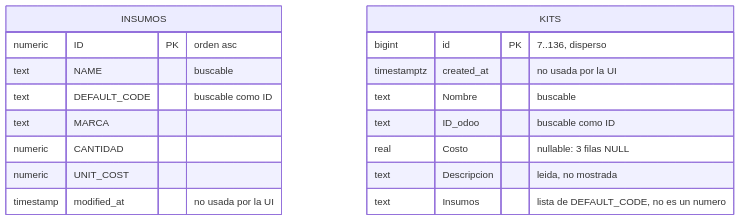
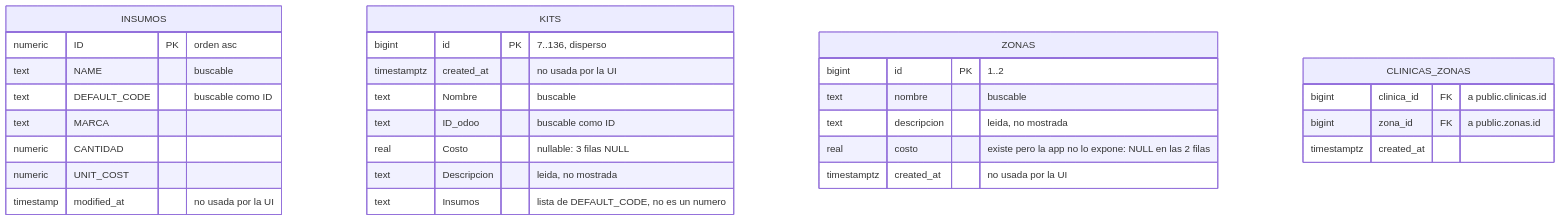
Before and after one commit to Francisco-Cordova/dentalia-app: the second of 4 diagrams in docs/04-database/er-diagram.md, drawn with Mermaid. The commit also changed other lines of this file and 23 other files, not shown here.

````diff
--- a/docs/04-database/er-diagram.md
+++ b/docs/04-database/er-diagram.md
@@ -51,22 +51,36 @@
 ```mermaid
 erDiagram
     INSUMOS {
         numeric ID PK "orden asc"
         text NAME "buscable"
         text DEFAULT_CODE "buscable como ID"
         text MARCA
         numeric CANTIDAD
         numeric UNIT_COST
         timestamp modified_at "no usada por la UI"
     }
 
     KITS {
         bigint id PK "7..136, disperso"
         timestamptz created_at "no usada por la UI"
         text Nombre "buscable"
         text ID_odoo "buscable como ID"
         real Costo "nullable: 3 filas NULL"
         text Descripcion "leida, no mostrada"
         text Insumos "lista de DEFAULT_CODE, no es un numero"
     }
+
+    ZONAS {
+        bigint id PK "1..2"
+        text nombre "buscable"
+        text descripcion "leida, no mostrada"
+        real costo "existe pero la app no lo expone: NULL en las 2 filas"
+        timestamptz created_at "no usada por la UI"
+    }
+
+    CLINICAS_ZONAS {
+        bigint clinica_id FK "a public.clinicas.id"
+        bigint zona_id FK "a public.zonas.id"
+        timestamptz created_at
+    }
 ```
````
